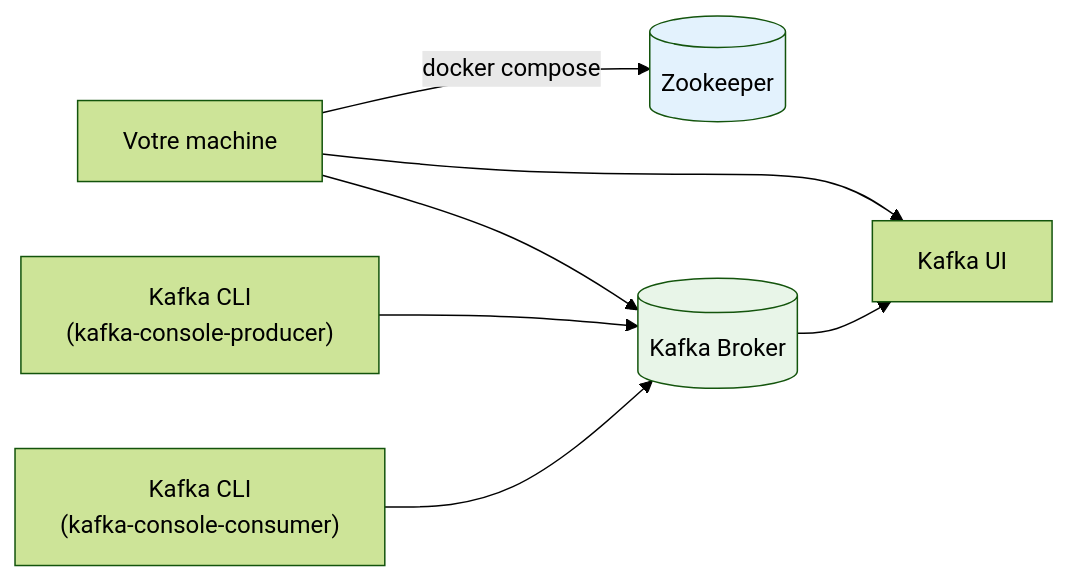
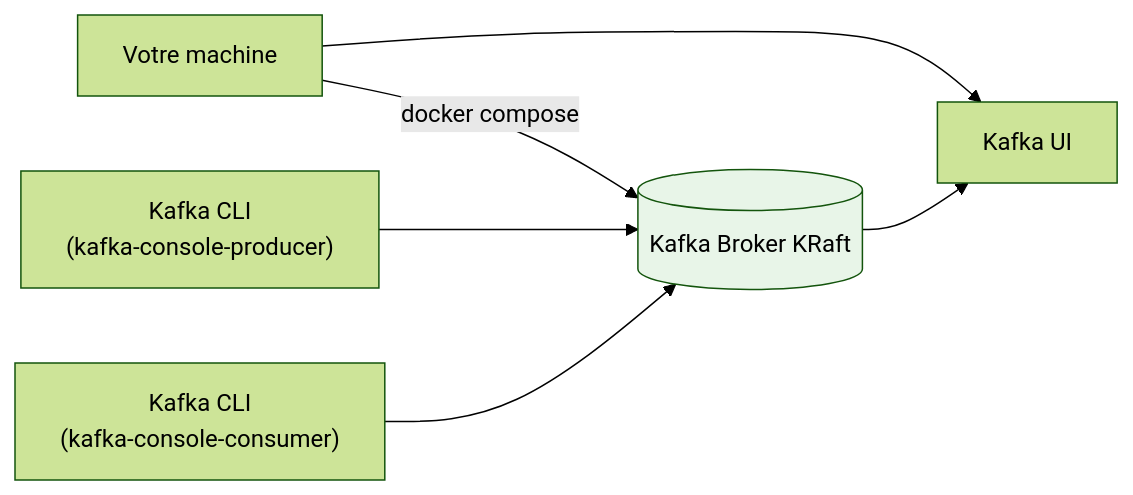
The diagram in formation-v2/day-01-foundations/module-01-cluster/README.md (msellamiTN/kafka-bhf), drawn with Mermaid (forest theme) before and after one commit. The commit also changed other lines of this file and 5 other files, not shown here.

Commit message:
Fix labs for Apache Kafka KRaft

````diff
--- a/formation-v2/day-01-foundations/module-01-cluster/README.md
+++ b/formation-v2/day-01-foundations/module-01-cluster/README.md
@@ -17,14 +17,12 @@
 ```mermaid
 flowchart LR
-  Dev[Votre machine] -->|docker compose| ZK[(Zookeeper)]
-  Dev --> K[(Kafka Broker)]
+  Dev[Votre machine] -->|docker compose| K[(Kafka Broker KRaft)]
   Dev --> UI[Kafka UI]
 
   P["Kafka CLI<br/>(kafka-console-producer)"] --> K
   C["Kafka CLI<br/>(kafka-console-consumer)"] --> K
 
   K --> UI
 
   style K fill:#e8f5e8
-  style ZK fill:#e3f2fd
 ```
````
